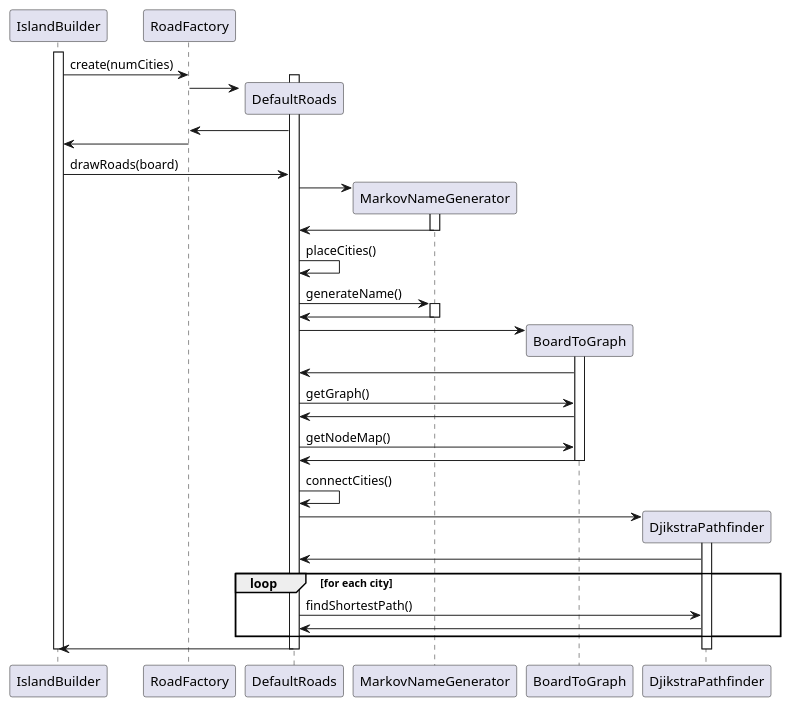
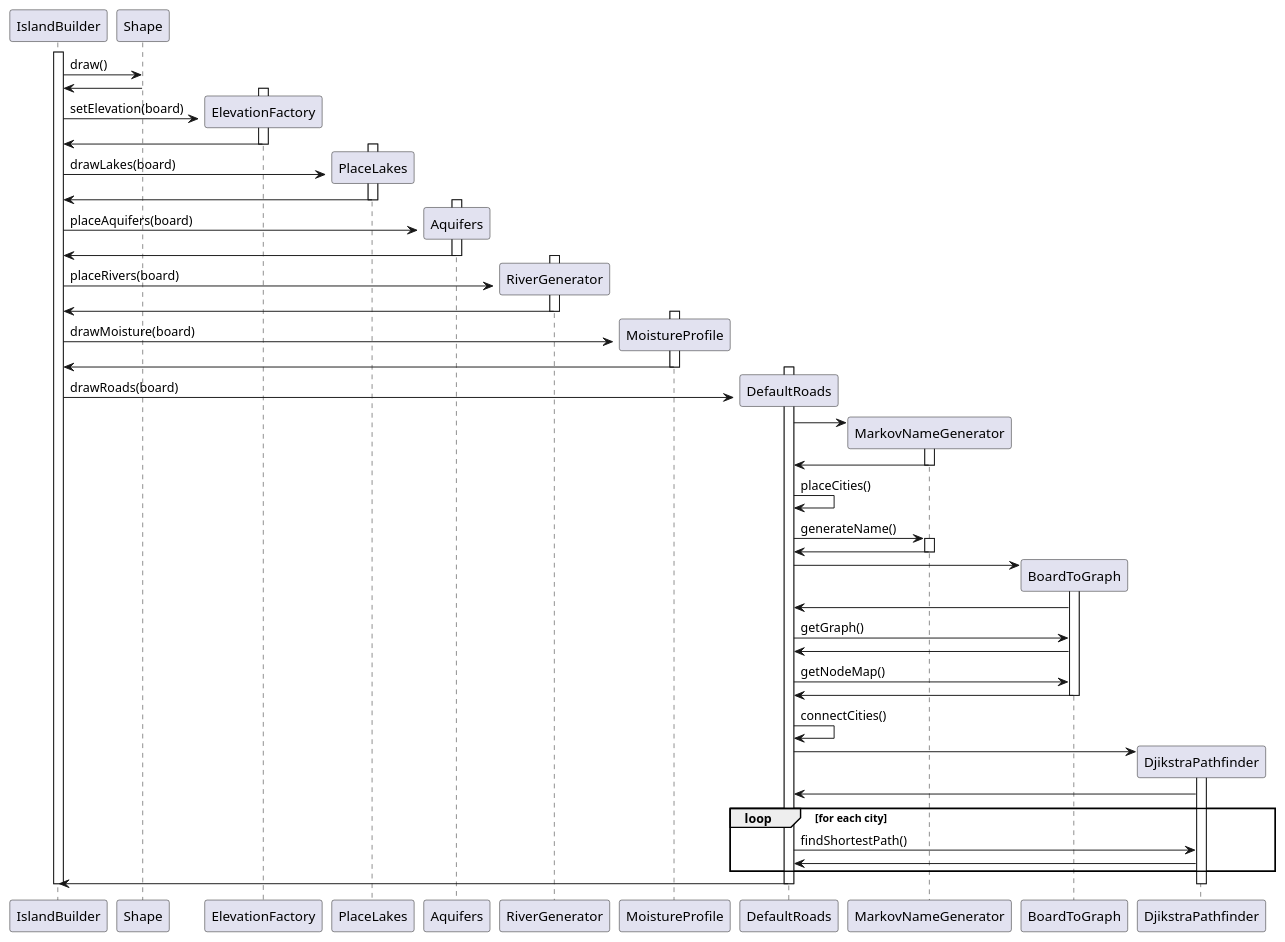
One commit to JAWalmsley/SFWRENG-2AA4 changed the diagram in uml/roadSequence.puml. Above: the diagram before and after it, drawn with PlantUML.

Commit message:
Included all steps in islandbuilder uml

```diff
--- a/uml/roadSequence.puml
+++ b/uml/roadSequence.puml
@@ -1,46 +1,76 @@
 @startuml
 activate IslandBuilder
-IslandBuilder -> RoadFactory: create(numCities)
+
+IslandBuilder -> Shape: draw()
+Shape -> IslandBuilder
+
+create ElevationFactory
+activate ElevationFactory
+IslandBuilder -> ElevationFactory: setElevation(board)
+ElevationFactory -> IslandBuilder
+deactivate ElevationFactory
+
+create PlaceLakes
+activate PlaceLakes
+IslandBuilder -> PlaceLakes: drawLakes(board)
+PlaceLakes -> IslandBuilder
+deactivate PlaceLakes
+
+create Aquifers
+activate Aquifers
+IslandBuilder -> Aquifers: placeAquifers(board)
+Aquifers -> IslandBuilder
+deactivate Aquifers
+
+create RiverGenerator
+activate RiverGenerator
+IslandBuilder -> RiverGenerator: placeRivers(board)
+RiverGenerator -> IslandBuilder
+deactivate RiverGenerator
+
+create MoistureProfile
+activate MoistureProfile
+IslandBuilder -> MoistureProfile: drawMoisture(board)
+MoistureProfile -> IslandBuilder
+deactivate MoistureProfile
+
 create DefaultRoads
 activate DefaultRoads
-RoadFactory -> DefaultRoads
-DefaultRoads -> RoadFactory
-RoadFactory -> IslandBuilder:
 IslandBuilder -> DefaultRoads: drawRoads(board)
 
 create MarkovNameGenerator
 DefaultRoads -> MarkovNameGenerator:
 activate MarkovNameGenerator
 MarkovNameGenerator -> DefaultRoads:
 deactivate MarkovNameGenerator
 DefaultRoads -> DefaultRoads: placeCities()
 DefaultRoads -> MarkovNameGenerator: generateName()
 activate MarkovNameGenerator
 MarkovNameGenerator -> DefaultRoads:
 deactivate MarkovNameGenerator
 
 create BoardToGraph
 DefaultRoads -> BoardToGraph:
 activate BoardToGraph
 BoardToGraph -> DefaultRoads:
 DefaultRoads -> BoardToGraph: getGraph()
 BoardToGraph -> DefaultRoads:
 DefaultRoads -> BoardToGraph: getNodeMap()
 BoardToGraph -> DefaultRoads:
 deactivate BoardToGraph
 
 DefaultRoads -> DefaultRoads: connectCities()
 create DjikstraPathfinder
 DefaultRoads -> DjikstraPathfinder:
 activate DjikstraPathfinder
 DjikstraPathfinder -> DefaultRoads:
 loop for each city
     DefaultRoads -> DjikstraPathfinder: findShortestPath()
     DjikstraPathfinder -> DefaultRoads:
 end
 DefaultRoads -> IslandBuilder
 deactivate DefaultRoads
 deactivate DjikstraPathfinder
 
 deactivate IslandBuilder
 @enduml
```
